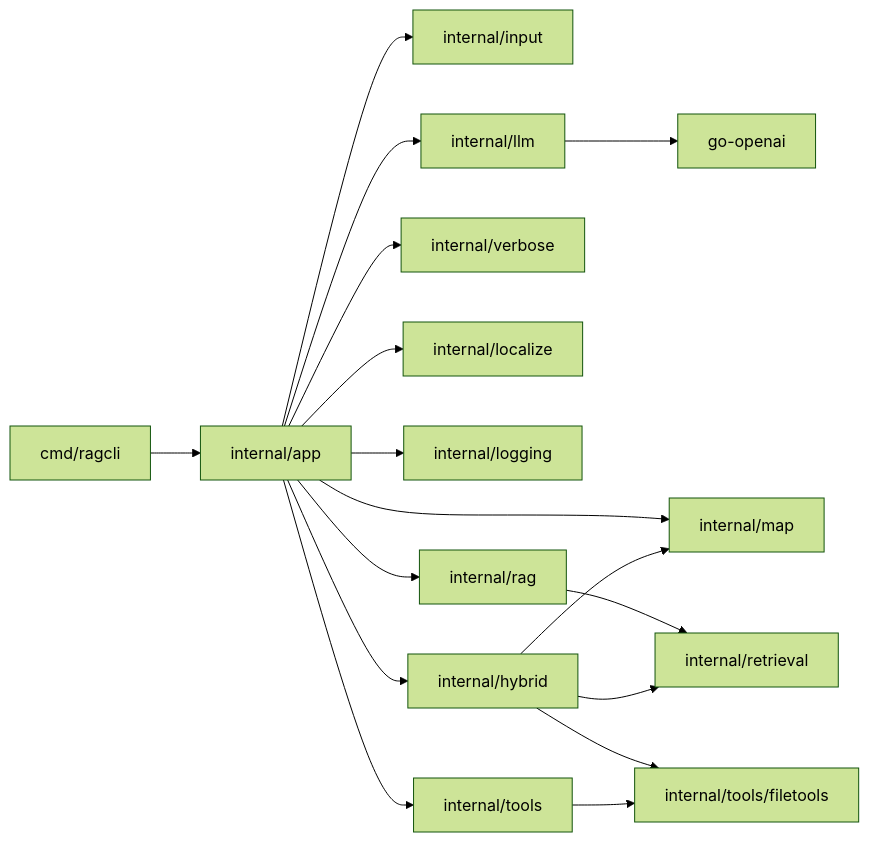
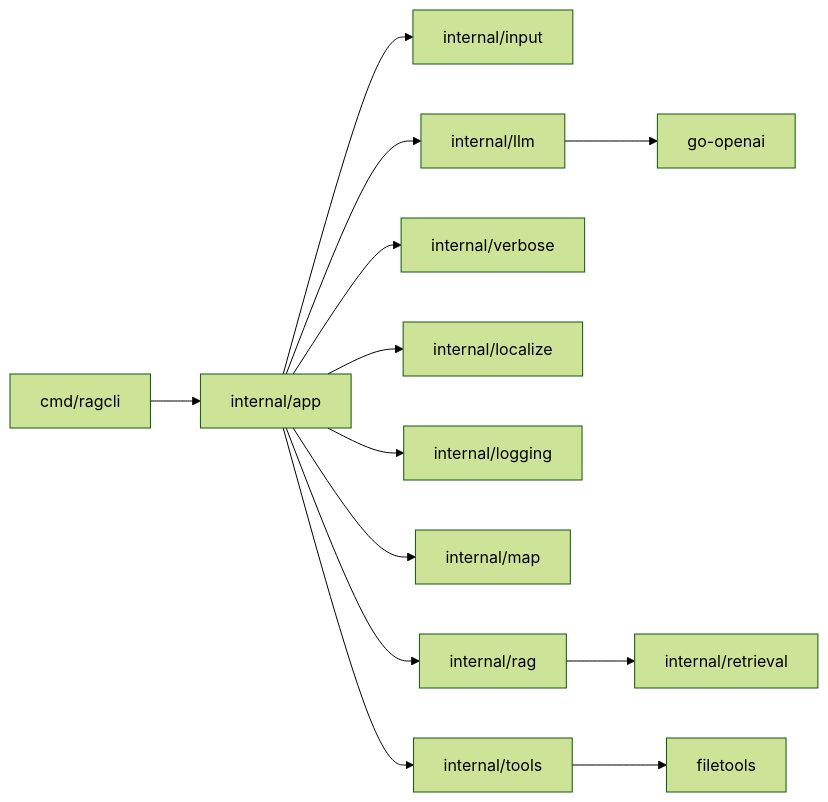
The first of 4 diagrams in doc/architecture.md (borro/ragcli), drawn with Mermaid (forest theme) before and after one commit. The commit also changed other lines of this file and 22 other files, not shown here.

````diff
--- a/doc/architecture.md
+++ b/doc/architecture.md
@@ -16,19 +16,15 @@
 ```mermaid
 flowchart LR
     main["cmd/ragcli"] --> app["internal/app"]
     app --> input["internal/input"]
     app --> llm["internal/llm"]
     app --> verbose["internal/verbose"]
     app --> localize["internal/localize"]
     app --> logging["internal/logging"]
     app --> map["internal/map"]
     app --> rag["internal/rag"]
-    app --> hybrid["internal/hybrid"]
     app --> tools["internal/tools"]
     rag --> retrieval["internal/retrieval"]
-    hybrid --> retrieval
-    hybrid --> map
-    hybrid --> filetools["internal/tools/filetools"]
     tools --> filetools
     llm --> goopenai["go-openai"]
 ```
````
